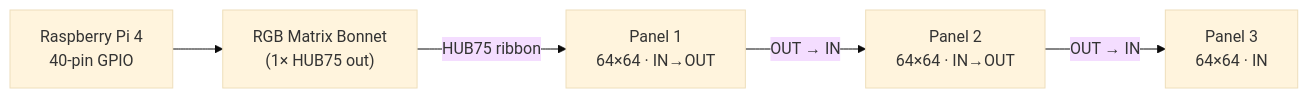
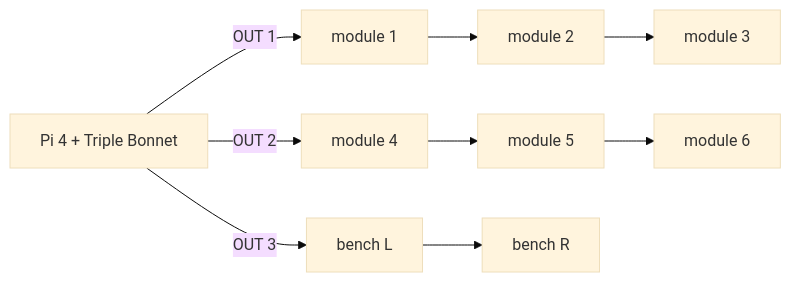
Before and after one commit to Lucanepa/point-hub: the first of 3 diagrams in docs/diy-panel/BUILD.md, drawn with Mermaid (base theme). The commit also changed other lines of this file and 1 other file, not shown here.

````diff
--- a/docs/diy-panel/BUILD.md
+++ b/docs/diy-panel/BUILD.md
@@ -197,7 +146,6 @@
 ```mermaid
 graph LR
-  PI["Raspberry Pi 4<br/>40-pin GPIO"] --> HAT["RGB Matrix Bonnet<br/>(1× HUB75 out)"]
-  HAT -->|HUB75 ribbon| P1["Panel 1<br/>64×64 · IN→OUT"]
-  P1 -->|OUT → IN| P2["Panel 2<br/>64×64 · IN→OUT"]
-  P2 -->|OUT → IN| P3["Panel 3<br/>64×64 · IN"]
+  PI["Pi 4 + Triple Bonnet"] -->|OUT 1| M1["module 1"] --> M2["module 2"] --> M3["module 3"]
+  PI -->|OUT 2| M4["module 4"] --> M5["module 5"] --> M6["module 6"]
+  PI -->|OUT 3| BL["bench L"] --> BR["bench R"]
 ```
````
